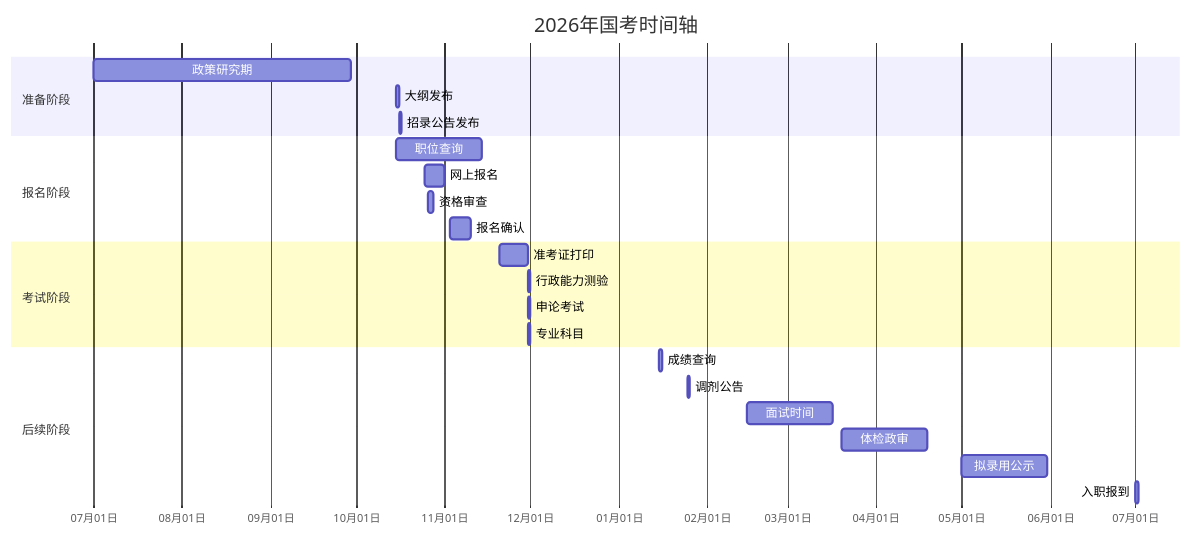
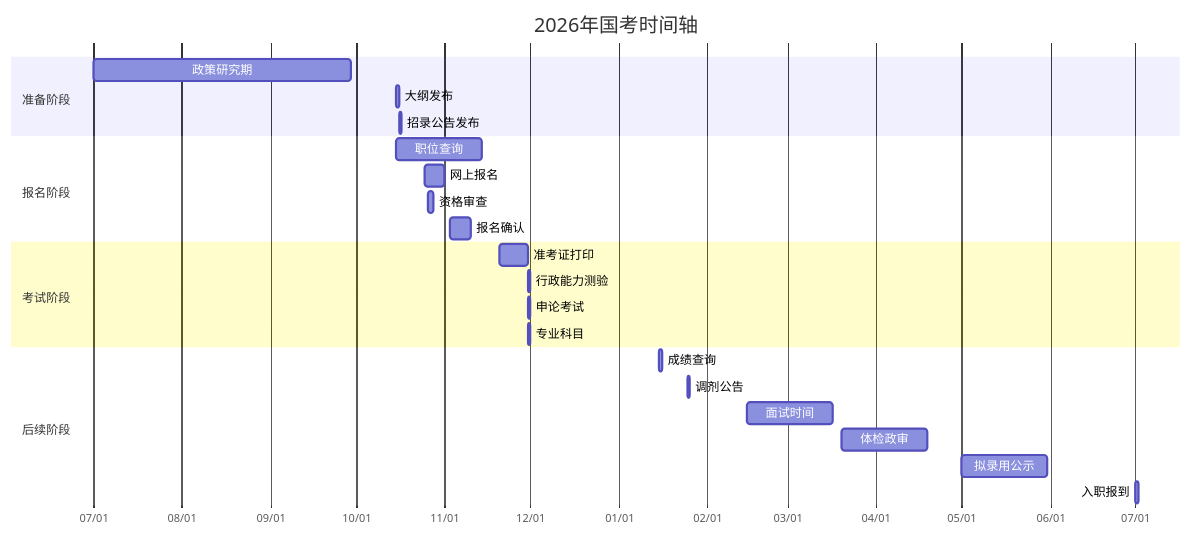
The diagram in 详细资料/专题研究报告/国考资料.md (dsw676676/official), drawn with Mermaid before and after one commit. The commit also changed 12 other files, not shown here.

Commit message:
fix: 添加mermaid支持

````diff
--- a/详细资料/专题研究报告/国考资料.md
+++ b/详细资料/专题研究报告/国考资料.md
@@ -29,31 +29,31 @@
 ```mermaid
 gantt
     title 2026年国考时间轴
     dateFormat YYYY-MM-DD
-    axisFormat %m月%d日
+    axisFormat %m/%d
     
     section 准备阶段
     政策研究期 : 2026-07-01, 90d
     大纲发布 : 2026-10-15, 1d
     招录公告发布 : 2026-10-16, 1d
     
     section 报名阶段
     职位查询 : 2026-10-15, 30d
     网上报名 : 2026-10-25, 7d
-    资格审查 : 2026-10-26, 48h
+    资格审查 : 2026-10-26, 2d
     报名确认 : 2026-11-03, 7d
     
     section 考试阶段
     准考证打印 : 2026-11-20, 10d
     行政能力测验 : 2026-11-30, 1d
     申论考试 : 2026-11-30, 1d
     专业科目 : 2026-11-30, 1d
     
     section 后续阶段
     成绩查询 : 2027-01-15, 1d
     调剂公告 : 2027-01-25, 1d
     面试时间 : 2027-02-15, 30d
     体检政审 : 2027-03-20, 30d
     拟录用公示 : 2027-05-01, 30d
     入职报到 : 2027-07-01, 1d
 ```
````
